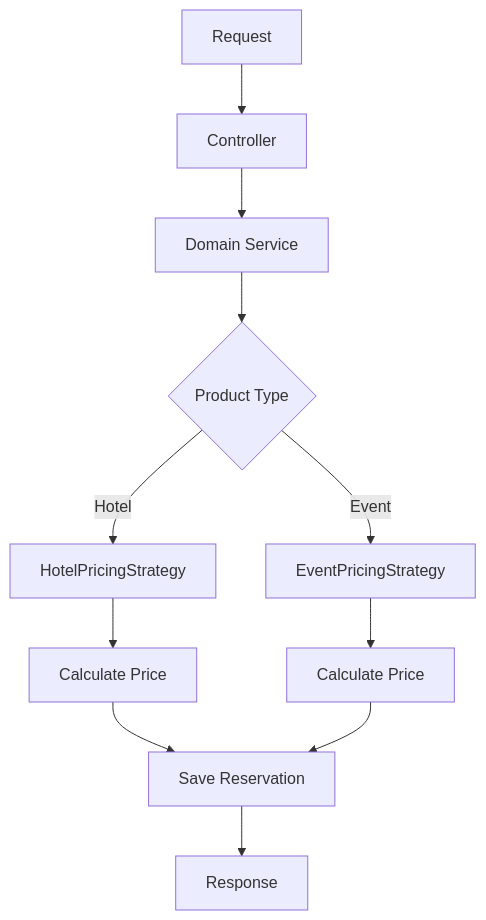
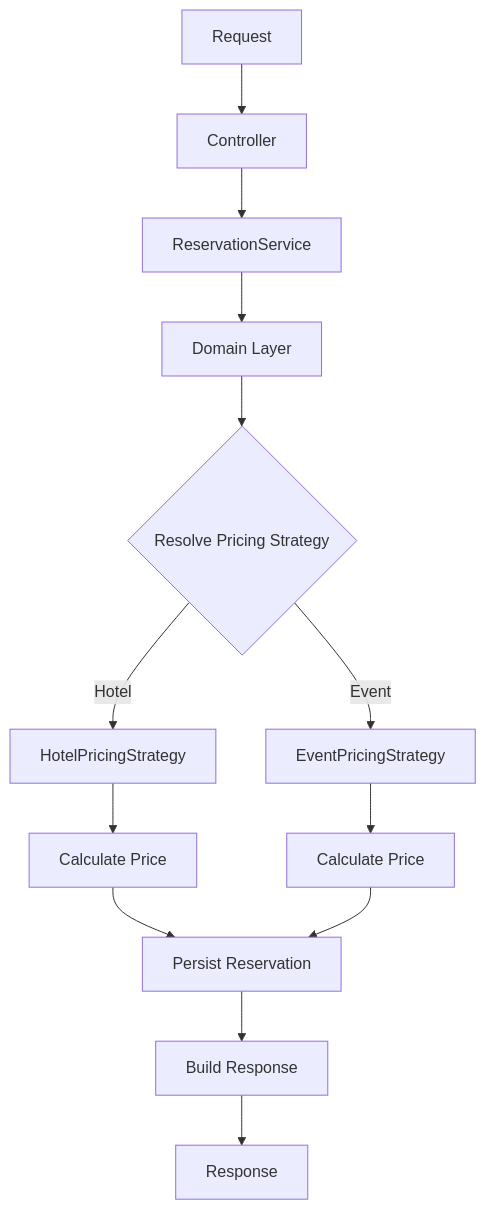
One commit to MMoza/reservations changed the fourth of 5 diagrams in README.md. Above: the diagram before and after it, drawn with Mermaid.

Commit message:
upgrade flowchart A03

````diff
--- a/README.md
+++ b/README.md
@@ -468,20 +468,22 @@
 ```mermaid
 flowchart TD
 
     A[Request] --> C[Controller]
 
-    C --> D[Domain Service]
+    C --> S[ReservationService]
+    S --> D[Domain Layer]
 
-    D --> F{Product Type}
+    D --> F{Resolve Pricing Strategy}
 
     F -->|Hotel| ST1[HotelPricingStrategy]
     F -->|Event| ST2[EventPricingStrategy]
 
     ST1 --> P1[Calculate Price]
     ST2 --> P2[Calculate Price]
 
-    P1 --> SAVE[Save Reservation]
+    P1 --> SAVE[Persist Reservation]
     P2 --> SAVE
 
-    SAVE --> R[Response]
+    SAVE --> FMT[Build Response]
+    FMT --> R[Response]
 ```
````
